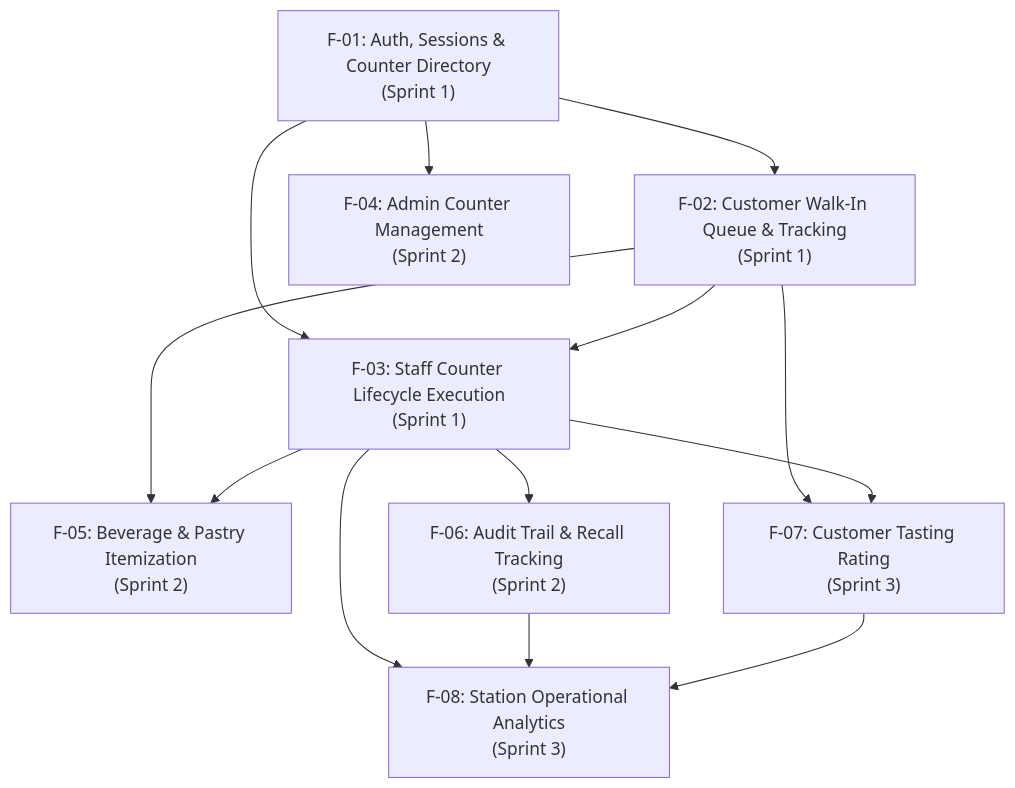
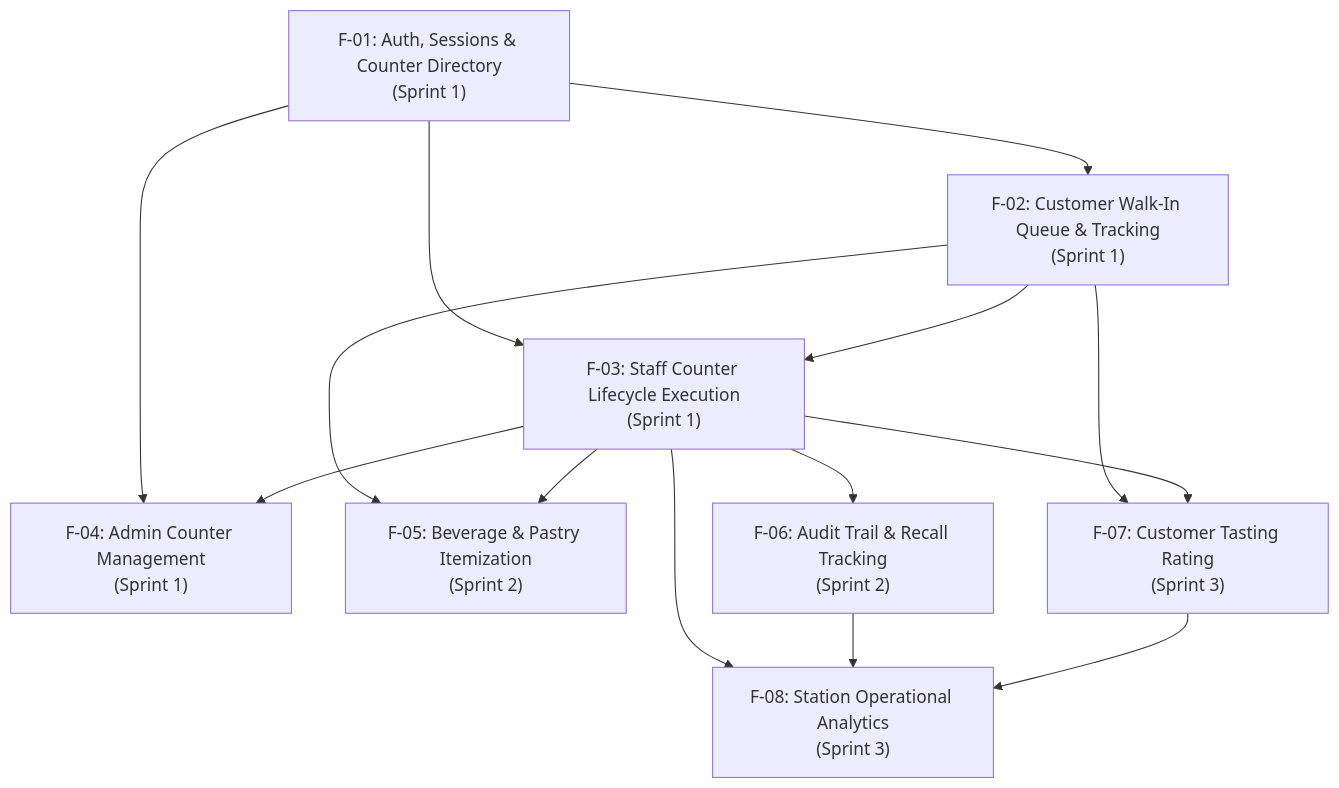
Before and after one commit to MANGKONYOK/cafe-queue-services: the diagram in docs/features.md, drawn with Mermaid. The commit also changed other lines of this file and 8 other files, not shown here.

First line of the commit message:
docs(f04): move F-04 admin counters into Sprint 1; contract before code (v1.3.7)

````diff
--- a/docs/features.md
+++ b/docs/features.md
@@ -22,17 +22,18 @@
 ```mermaid
 flowchart TD
     F01["F-01: Auth, Sessions & Counter Directory\n(Sprint 1)"] --> F02["F-02: Customer Walk-In Queue & Tracking\n(Sprint 1)"]
     F01 --> F03["F-03: Staff Counter Lifecycle Execution\n(Sprint 1)"]
     F02 --> F03
     
-    F01 --> F04["F-04: Admin Counter Management\n(Sprint 2)"]
+    F01 --> F04["F-04: Admin Counter Management\n(Sprint 1)"]
+    F03 --> F04
     F02 --> F05["F-05: Beverage & Pastry Itemization\n(Sprint 2)"]
     F03 --> F05
     F03 --> F06["F-06: Audit Trail & Recall Tracking\n(Sprint 2)"]
     
     F02 --> F07["F-07: Customer Tasting Rating\n(Sprint 3)"]
     F03 --> F07
     F03 --> F08["F-08: Station Operational Analytics\n(Sprint 3)"]
     F06 --> F08
     F07 --> F08
 ```
````
